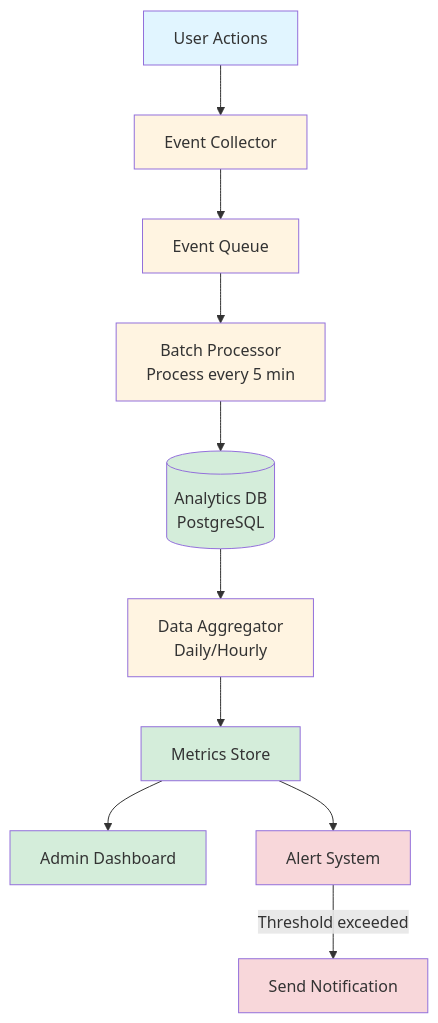
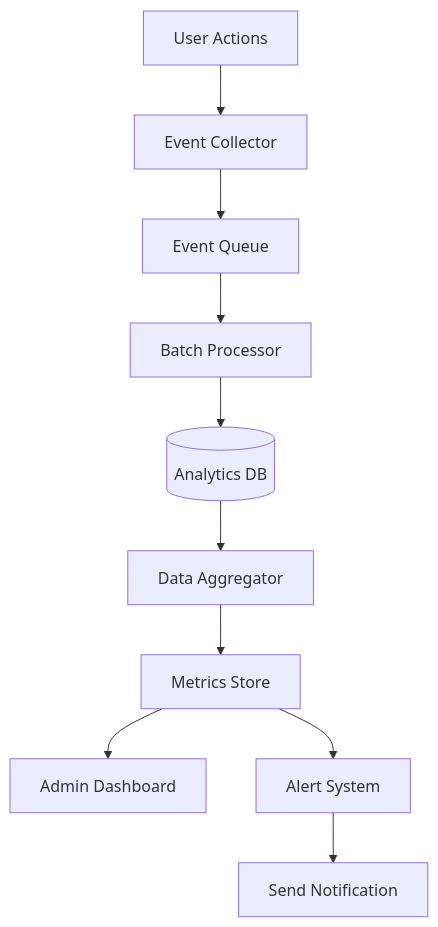
Before and after one commit to nvtank/AI_Assistant_DN: the eighth of 8 diagrams in docs/future/07-Future-Data-Flow.md, drawn with Mermaid. The commit also changed other lines of this file and 3 other files, not shown here.

````diff
--- a/docs/future/07-Future-Data-Flow.md
+++ b/docs/future/07-Future-Data-Flow.md
@@ -354,27 +206,12 @@
 ```mermaid
 flowchart TD
-    UserAction[User Actions] --> EventCollector[Event Collector]
-    EventCollector --> EventQueue[Event Queue]
-    
-    EventQueue --> BatchProcessor[Batch Processor<br/>Process every 5 min]
-    BatchProcessor --> AnalyticsDB[(Analytics DB<br/>PostgreSQL)]
-    
-    AnalyticsDB --> Aggregator[Data Aggregator<br/>Daily/Hourly]
+    UserAction[User Actions] --> Collector[Event Collector]
+    Collector --> Queue[Event Queue]
+    Queue --> Processor[Batch Processor]
+    Processor --> DB[(Analytics DB)]
+    DB --> Aggregator[Data Aggregator]
     Aggregator --> Metrics[Metrics Store]
-    
     Metrics --> Dashboard[Admin Dashboard]
     Metrics --> Alerts[Alert System]
-    
-    Alerts -->|Threshold exceeded| Notification[Send Notification]
-    
-    style UserAction fill:#e1f5ff
-    style EventCollector fill:#fff4e1
-    style EventQueue fill:#fff4e1
-    style BatchProcessor fill:#fff4e1
-    style AnalyticsDB fill:#d4edda
-    style Aggregator fill:#fff4e1
-    style Metrics fill:#d4edda
-    style Dashboard fill:#d4edda
-    style Alerts fill:#f8d7da
-    style Notification fill:#f8d7da
+    Alerts --> Notification[Send Notification]
 ```
````
